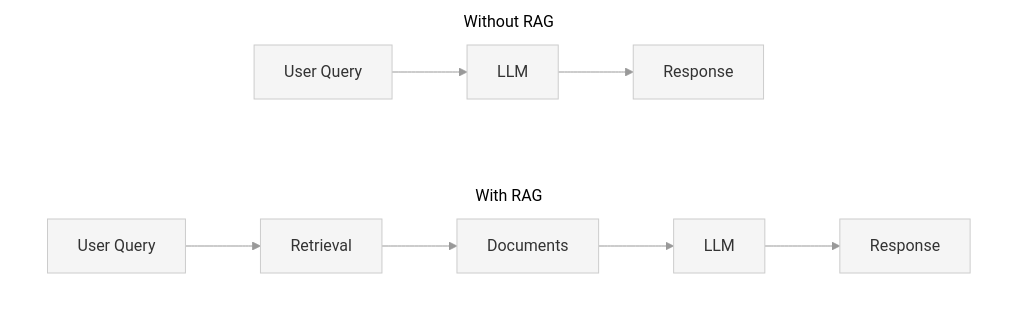
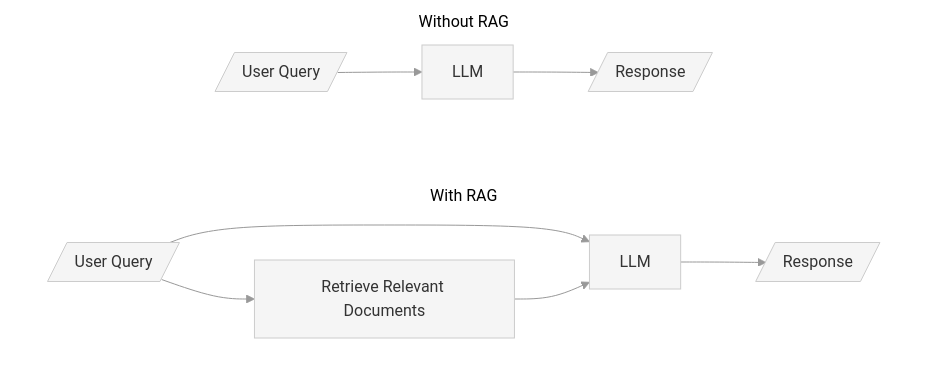
One commit to posit-dev/raghilda changed the first of 2 diagrams in blog/01-introduction.qmd. Above: the diagram before and after it, drawn with Mermaid. The commit also changed other lines of this file, not shown here.

Commit message:
polish intro

````diff
--- a/blog/01-introduction.qmd
+++ b/blog/01-introduction.qmd
@@ -13,20 +13,22 @@
 ```{mermaid}
 %%| label: fig-rag
-%%| fig-cap: "Without RAG, the query goes directly to the LLM. With RAG, relevant documents are retrieved first and included in the prompt."
+%%| fig-cap: "Without RAG, the LLM generates a response using only the user query. With RAG, relevant documents are retrieved and provided to the LLM before it generates a response."
 %%{init: {"theme": "base", "themeVariables": {"primaryColor": "#f5f5f5", "primaryBorderColor": "#ccc", "primaryTextColor": "#333", "lineColor": "#999", "secondaryColor": "#fafafa", "tertiaryColor": "#fff"}}}%%
-flowchart TD
+flowchart TB
   subgraph s1 [Without RAG]
     direction LR
-    Q1[User Query] --> LLM1[LLM] --> R1[Response]
+    Q1[/User Query/] --> LLM1[LLM] --> R1[/Response/]
   end
 
   subgraph s2 [With RAG]
     direction LR
-    Q2[User Query] --> Ret[Retrieval] --> D[Documents] --> LLM2[LLM] --> R2[Response]
+    Q2[/User Query/] --> LLM2[LLM] --> R2[/Response/]
+    Q2 --> D[Retrieve Relevant Documents]
+    D --> LLM2
   end
 
   s1 ~~~ s2
 
   style s1 fill:transparent,stroke:none
   style s2 fill:transparent,stroke:none
 ```
````
